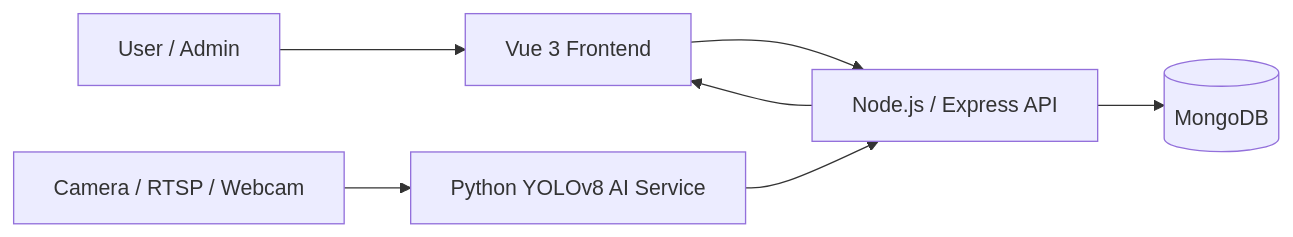
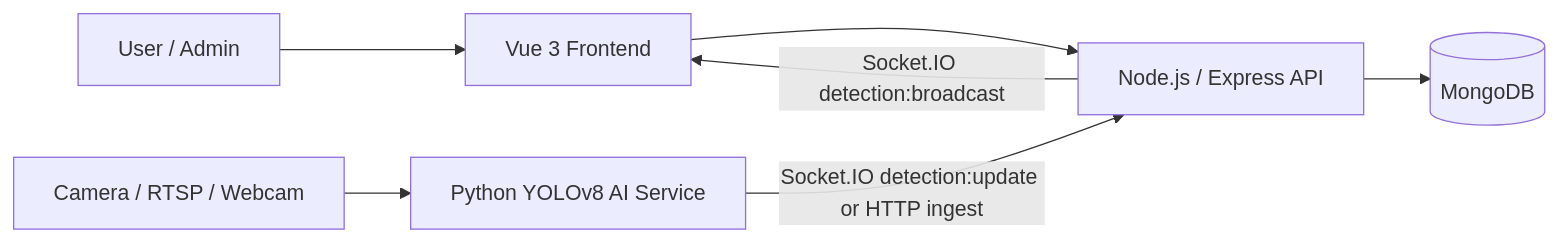
Before and after one commit to 6631501007/mfu_ShuttleBus_Project: the diagram in docs/ARCHITECTURE.md, drawn with Mermaid. The commit also changed other lines of this file and 12 other files, not shown here.

First line of the commit message:
docs: update architecture and add comprehensive handover documentation

````diff
--- a/docs/ARCHITECTURE.md
+++ b/docs/ARCHITECTURE.md
@@ -7,10 +9,10 @@
 ```mermaid
 flowchart LR
     User[User / Admin] --> Frontend[Vue 3 Frontend]
     Frontend --> Backend[Node.js / Express API]
     Backend --> MongoDB[(MongoDB)]
 
     Camera[Camera / RTSP / Webcam] --> AI[Python YOLOv8 AI Service]
-    AI --> Backend
-    Backend --> Frontend
+    AI -->|Socket.IO detection:update or HTTP ingest| Backend
+    Backend -->|Socket.IO detection:broadcast| Frontend
 ```
````
